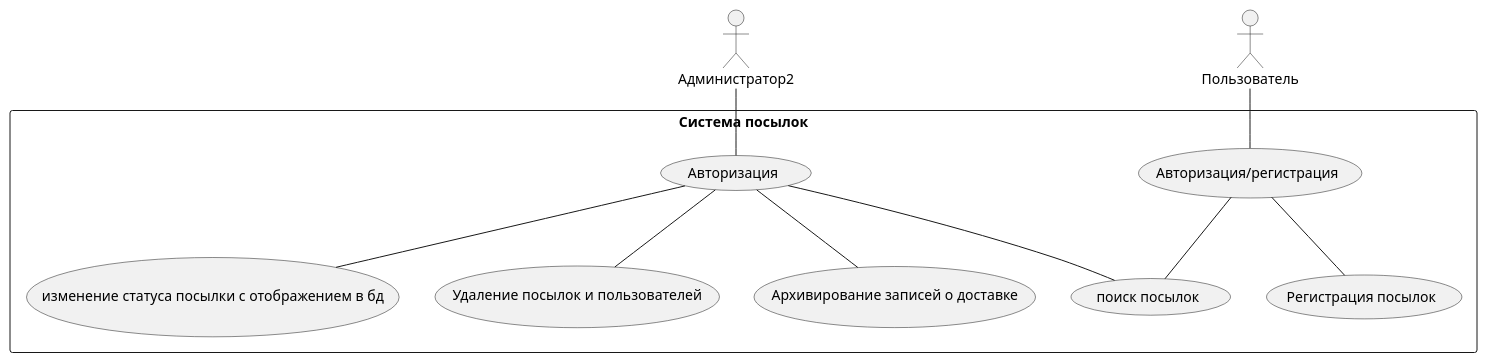
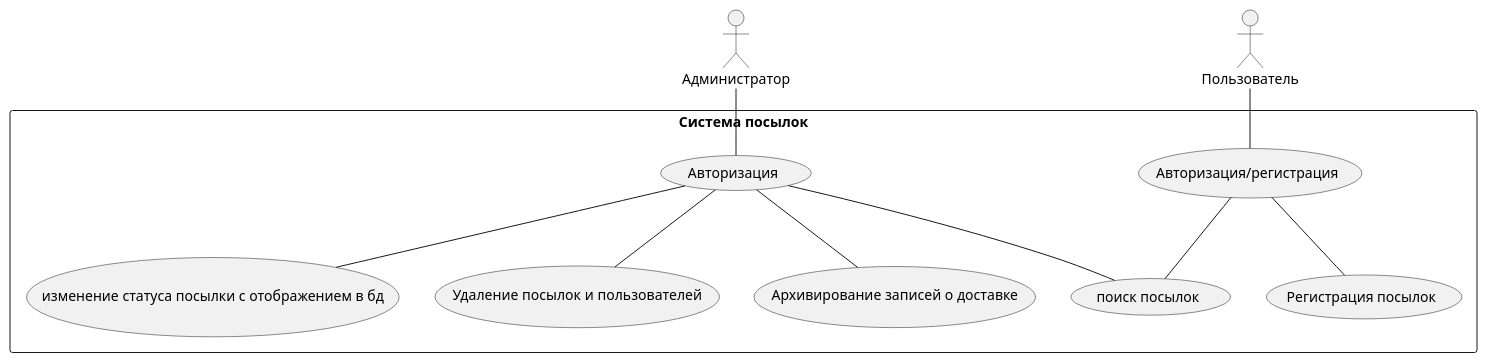
The diagram in Case/UseCase.puml (TEGI02/Lab3.1), drawn with PlantUML before and after one commit.

```diff
--- a/Case/UseCase.puml
+++ b/Case/UseCase.puml
@@ -1,23 +1,23 @@
 @startuml
 skinparam packageStyle rectangle
-actor "Администратор2" as User1
+actor "Администратор" as User1
 package "Система посылок" {
     usecase "Регистрация посылок" as UC_RegisterOf
 
     usecase "Архивирование записей о доставке" as UC_report
     usecase "поиск посылок" as UC_search
     usecase "изменение статуса посылки с отображением в бд" as UC_status
     usecase "Авторизация/регистрация" as UC_Register
     usecase "Авторизация" as UC_Register2
     usecase "Удаление посылок и пользователей" as UC_delit
 }
 actor "Пользователь" as User2
 User1 -- UC_Register2
 UC_Register2 -- UC_report
 UC_Register2 -- UC_search
 UC_Register2 -- UC_status
 UC_Register2 -- UC_delit
 User2 -- UC_Register
 UC_Register -- UC_search
 UC_Register -- UC_RegisterOf
 @enduml
```
